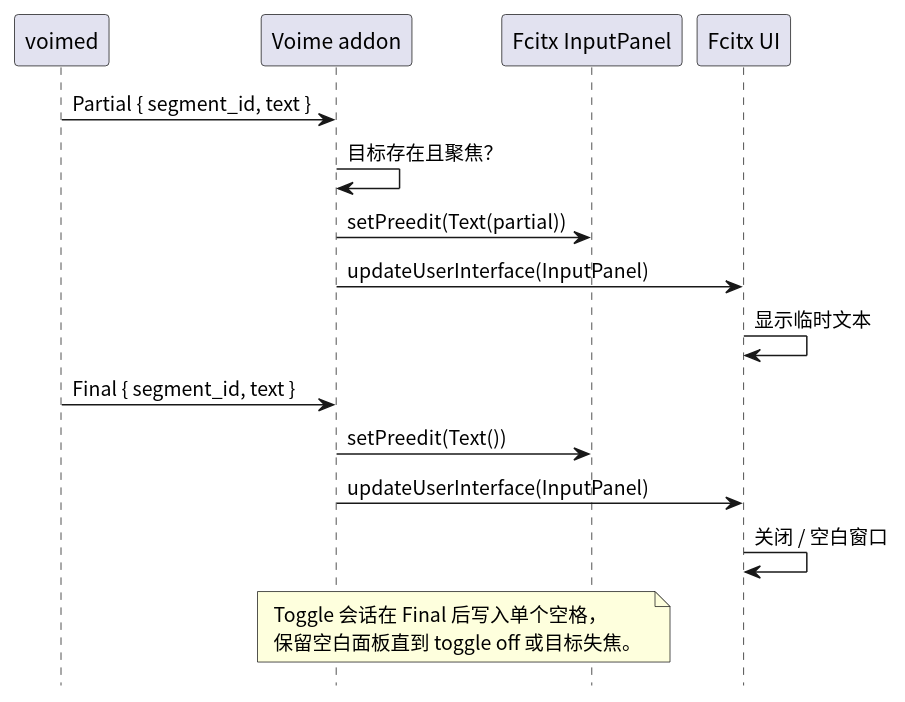
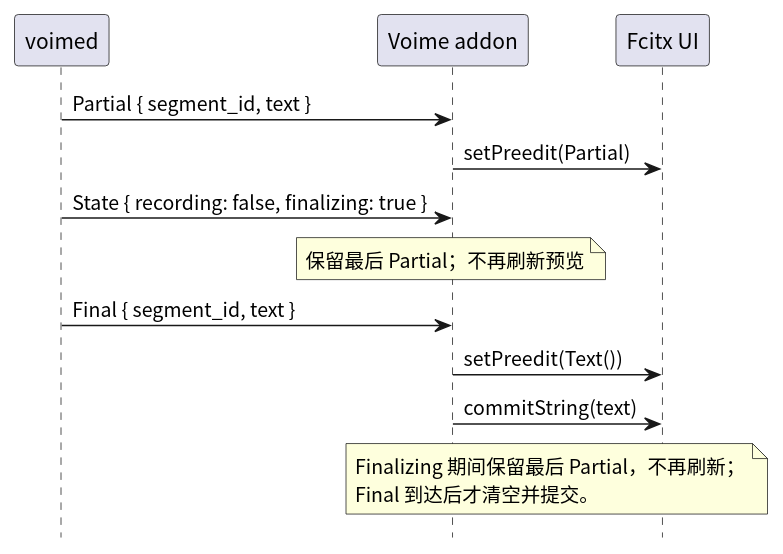
The diagram in frontends/fcitx/diagram/preview.puml (54m43lJ/voime), drawn with PlantUML before and after one commit. The commit also changed 72 other files, not shown here.

```diff
--- a/frontends/fcitx/diagram/preview.puml
+++ b/frontends/fcitx/diagram/preview.puml
@@ -1,26 +1,24 @@
 @startuml
 skinparam defaultFontName "Noto Sans CJK SC"
 skinparam shadowing false
 hide footbox
 
 participant "voimed" as Daemon
 participant "Voime addon" as Addon
-participant "Fcitx InputPanel" as Panel
 participant "Fcitx UI" as UI
 
 Daemon -> Addon : Partial { segment_id, text }
-Addon -> Addon : 目标存在且聚焦？
-Addon -> Panel : setPreedit(Text(partial))
-Addon -> UI : updateUserInterface(InputPanel)
-UI -> UI : 显示临时文本
+Addon -> UI : setPreedit(Partial)
+
+Daemon -> Addon : State { recording: false, finalizing: true }
+note over Addon : 保留最后 Partial；不再刷新预览
 
 Daemon -> Addon : Final { segment_id, text }
-Addon -> Panel : setPreedit(Text())
-Addon -> UI : updateUserInterface(InputPanel)
-UI -> UI : 关闭 / 空白窗口
+Addon -> UI : setPreedit(Text())
+Addon -> UI : commitString(text)
 
-note over Addon, Panel
-  Toggle 会话在 Final 后写入单个空格，
-  保留空白面板直到 toggle off 或目标失焦。
+note over Addon, UI
+  Finalizing 期间保留最后 Partial，不再刷新；
+  Final 到达后才清空并提交。
 end note
 @enduml
```
